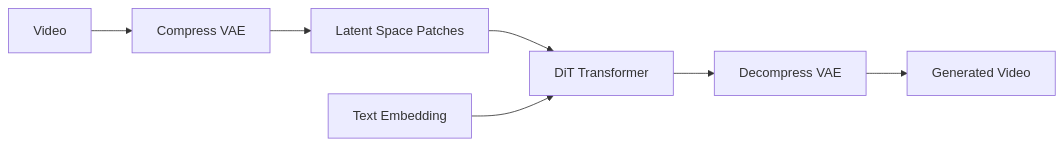
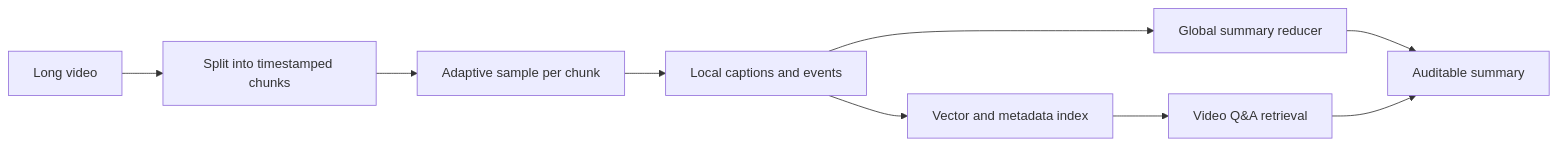
One commit to kube-dojo/kube-dojo changed the second of 3 diagrams in src/content/docs/ai-ml-engineering/multimodal-ai/module-1.3-video-ai.md. Above: the diagram before and after it, drawn with Mermaid. The commit also changed other lines of this file and 2 other files, not shown here.

````diff
--- a/src/content/docs/ai-ml-engineering/multimodal-ai/module-1.3-video-ai.md
+++ b/src/content/docs/ai-ml-engineering/multimodal-ai/module-1.3-video-ai.md
@@ -371,9 +100,11 @@
 ```mermaid
 flowchart LR
-    Video1[Video] --> Compress[Compress VAE]
-    Compress --> Latent[Latent Space Patches]
-    Latent --> DiT[DiT Transformer]
-    Text[Text Embedding] --> DiT
-    DiT --> Decompress[Decompress VAE]
-    Decompress --> Video2[Generated Video]
+    Long[Long video] --> Split[Split into timestamped chunks]
+    Split --> Sample[Adaptive sample per chunk]
+    Sample --> Local[Local captions and events]
+    Local --> Index[Vector and metadata index]
+    Local --> Reduce[Global summary reducer]
+    Index --> QA[Video Q&A retrieval]
+    Reduce --> Report[Auditable summary]
+    QA --> Report
 ```
````
